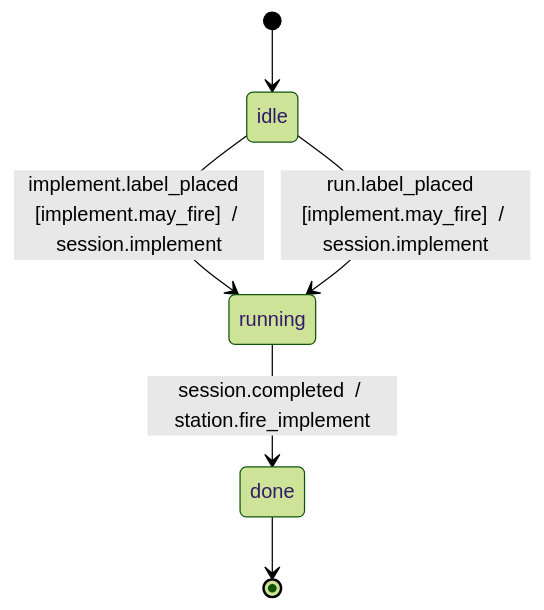
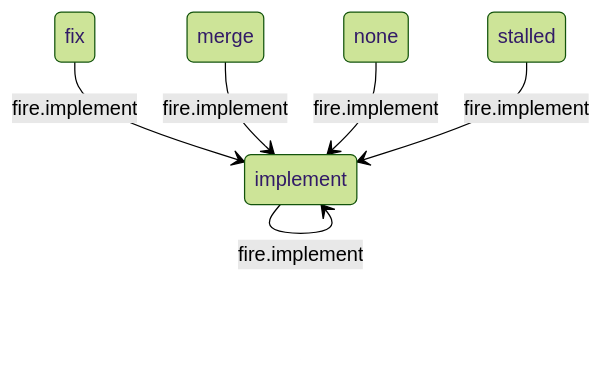
The diagram in .github/conveyor-model/mermaid/conveyor_implement.mmd (kostiantyn-matsebora/agent-ops-operator), drawn with Mermaid (forest theme) before and after one commit. The commit also changed 10 other files, not shown here.

First line of the commit message:
fix(conveyor): each conveyor is its own complete workflow, no shared gate table

```diff
--- a/.github/conveyor-model/mermaid/conveyor_implement.mmd
+++ b/.github/conveyor-model/mermaid/conveyor_implement.mmd
@@ -1,6 +1,12 @@
 stateDiagram-v2
-    [*] --> idle
-    idle --> running : implement.label_placed  [implement.may_fire]  / session.implement
-    idle --> running : run.label_placed  [implement.may_fire]  / session.implement
-    running --> done : session.completed  / station.fire_implement
-    done --> [*]
+    %% no single initial state: this conveyor's real trigger fires identically from most of its own states (see its own note:)
+    state none
+    state implement
+    state fix
+    state merge
+    state stalled
+    fix --> implement : fire.implement
+    implement --> implement : fire.implement
+    merge --> implement : fire.implement
+    none --> implement : fire.implement
+    stalled --> implement : fire.implement
```
